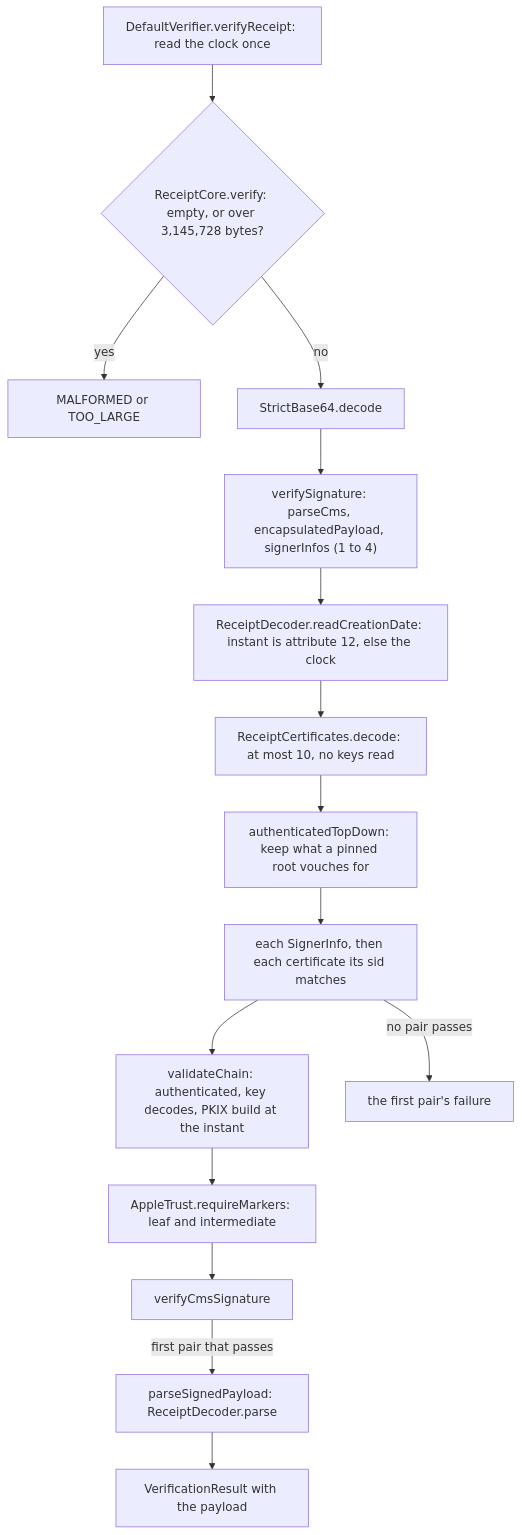
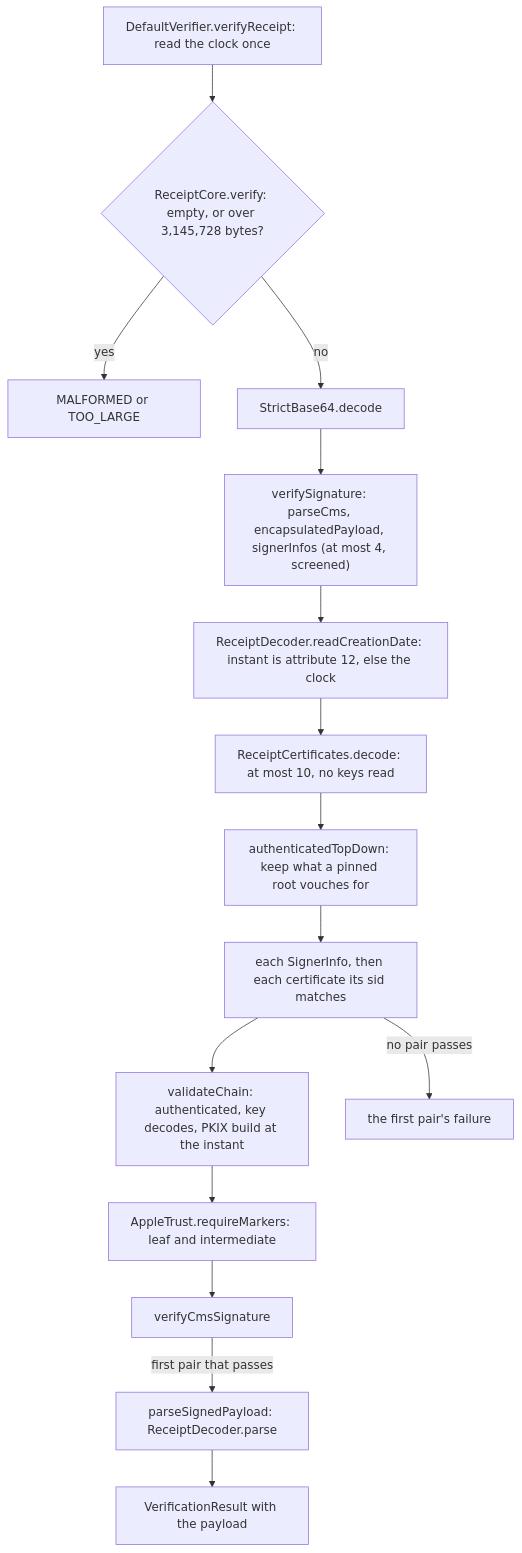
The third of 3 diagrams in java/WALKTHROUGH.md (emindeniz99/apple-purchase-receipt-verifier), drawn with Mermaid before and after one commit. The commit also changed other lines of this file and 1 other file, not shown here.

````diff
--- a/java/WALKTHROUGH.md
+++ b/java/WALKTHROUGH.md
@@ -513,17 +515,17 @@
 ```mermaid
 flowchart TD
     S["DefaultVerifier.verifyReceipt: read the clock once"] --> C1{"ReceiptCore.verify: empty, or over 3,145,728 bytes?"}
     C1 -->|yes| F1["MALFORMED or TOO_LARGE"]
     C1 -->|no| C2["StrictBase64.decode"]
-    C2 --> C3["verifySignature: parseCms, encapsulatedPayload, signerInfos (1 to 4)"]
+    C2 --> C3["verifySignature: parseCms, encapsulatedPayload, signerInfos (at most 4, screened)"]
     C3 --> C4["ReceiptDecoder.readCreationDate: instant is attribute 12, else the clock"]
     C4 --> C5["ReceiptCertificates.decode: at most 10, no keys read"]
     C5 --> C6["authenticatedTopDown: keep what a pinned root vouches for"]
     C6 --> L["each SignerInfo, then each certificate its sid matches"]
     L --> C7["validateChain: authenticated, key decodes, PKIX build at the instant"]
     C7 --> C8["AppleTrust.requireMarkers: leaf and intermediate"]
     C8 --> C9["verifyCmsSignature"]
     C9 -->|first pair that passes| C10["parseSignedPayload: ReceiptDecoder.parse"]
     C10 --> OK["VerificationResult with the payload"]
     L -->|no pair passes| F2["the first pair's failure"]
 ```
````
